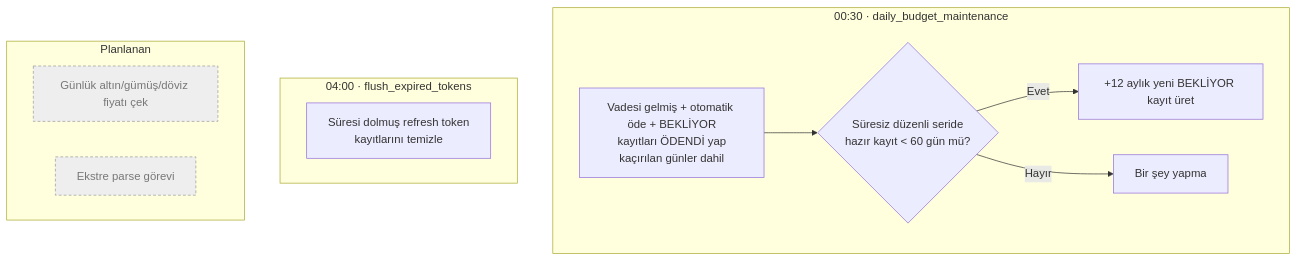
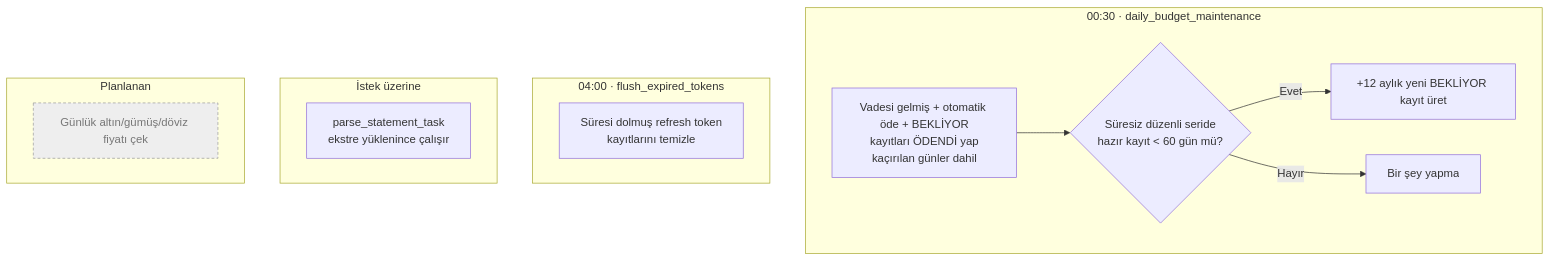
Before and after one commit to anilcelik0/saving: the fifth of 9 diagrams in docs/FLOW.md, drawn with Mermaid. The commit also changed other lines of this file and 30 other files, not shown here.

````diff
--- a/docs/FLOW.md
+++ b/docs/FLOW.md
@@ -135,16 +135,18 @@
 ```mermaid
 flowchart TD
     subgraph G1["00:30 · daily_budget_maintenance"]
         A1[Vadesi gelmiş + otomatik öde + BEKLİYOR<br/>kayıtları ÖDENDİ yap<br/>kaçırılan günler dahil] --> A2{Süresiz düzenli seride<br/>hazır kayıt < 60 gün mü?}
         A2 -- Evet --> A3[+12 aylık yeni BEKLİYOR kayıt üret]
         A2 -- Hayır --> A4[Bir şey yapma]
     end
     subgraph G2["04:00 · flush_expired_tokens"]
         B1[Süresi dolmuş refresh token<br/>kayıtlarını temizle]
     end
-    subgraph G3["Planlanan"]
+    subgraph G3["İstek üzerine"]
+        C2[parse_statement_task<br/>ekstre yüklenince çalışır]
+    end
+    subgraph G4["Planlanan"]
         C1[Günlük altın/gümüş/döviz fiyatı çek]:::todo
-        C2[Ekstre parse görevi]:::todo
     end
     classDef todo fill:#eee,stroke:#999,stroke-dasharray:4 3,color:#777
 ```
````
